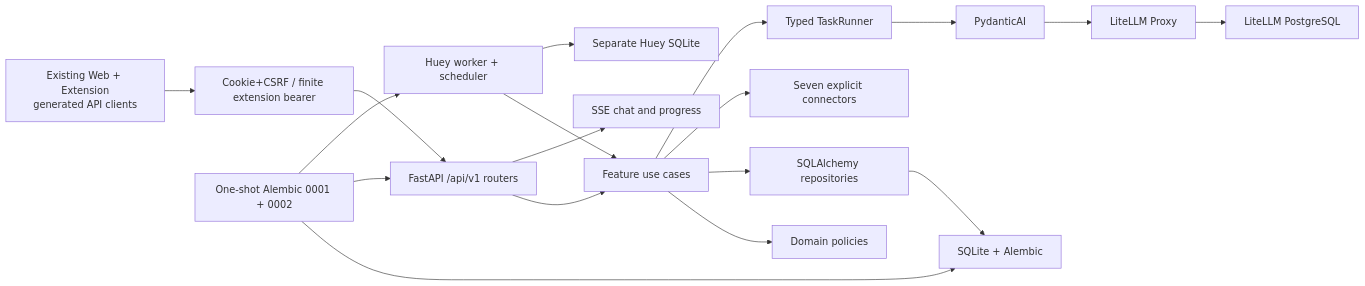
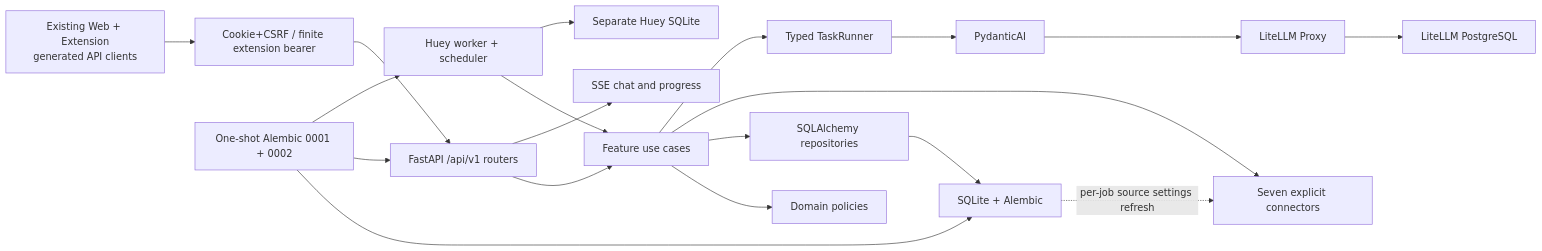
Before and after one commit to Zhujingxi/OpenBiliClaw: the diagram in README.md, drawn with Mermaid. The commit also changed 27 other files, not shown here.

````diff
--- a/README.md
+++ b/README.md
@@ -27,20 +27,21 @@
 ```mermaid
 flowchart LR
     UI["Existing Web + Extension<br/>generated API clients"] --> AUTH["Cookie+CSRF / finite extension bearer"]
     AUTH --> API["FastAPI /api/v1 routers"]
     API --> UC["Feature use cases"]
     API --> SSE["SSE chat and progress"]
     JOBS["Huey worker + scheduler"] --> UC
     UC --> DOMAIN["Domain policies"]
     UC --> REPOS["SQLAlchemy repositories"]
     UC --> SOURCES["Seven explicit connectors"]
     UC --> AI["Typed TaskRunner"]
     MIGRATE["One-shot Alembic 0001 + 0002"] --> DB
     MIGRATE --> API
     MIGRATE --> JOBS
     AI --> PYD["PydanticAI"]
     PYD --> LLM["LiteLLM Proxy"]
     REPOS --> DB["SQLite + Alembic"]
+    DB -. "per-job source settings refresh" .-> SOURCES
     JOBS --> QUEUE["Separate Huey SQLite"]
     LLM --> PG["LiteLLM PostgreSQL"]
 ```
````
